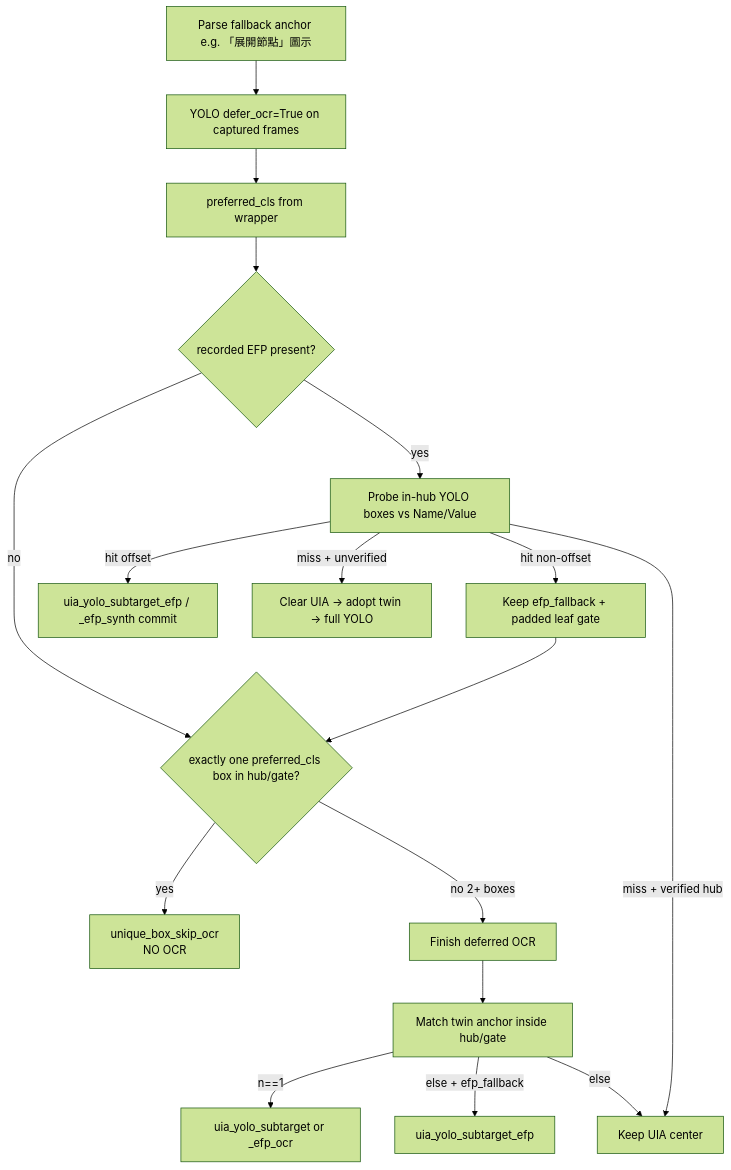
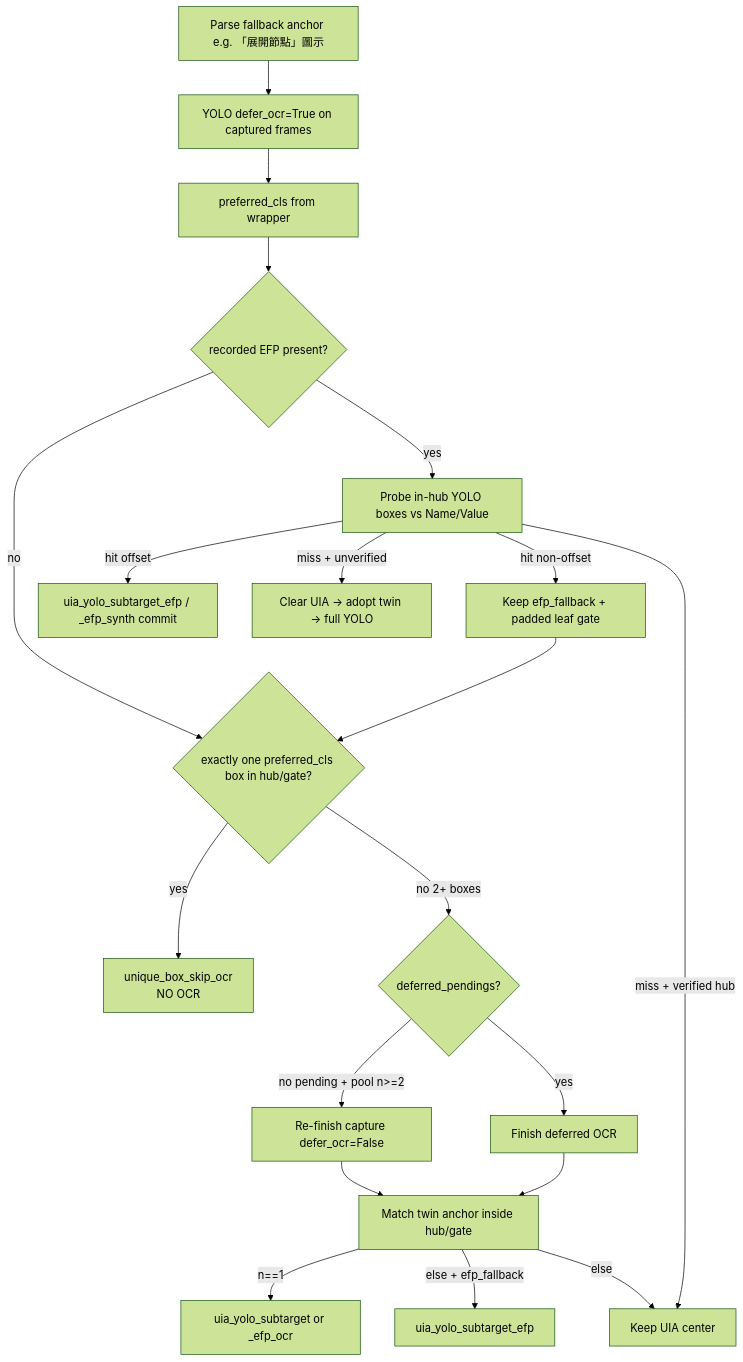
The fifth of 7 diagrams in docs/replay-flow.md (josephorng/QualityAssuranceAgent), drawn with Mermaid (forest theme) before and after one commit. The commit also changed other lines of this file and 2 other files, not shown here.

First line of the commit message:
Force OCR when multi-ELEMENT subtarget boxes lack deferred pending.

````diff
--- a/docs/replay-flow.md
+++ b/docs/replay-flow.md
@@ -180,19 +180,22 @@
 ```mermaid
 flowchart TD
   A[Parse fallback anchor e.g. 「展開節點」圖示] --> B[YOLO defer_ocr=True on captured frames]
   B --> C[preferred_cls from wrapper]
   C --> D{recorded EFP present?}
   D -->|yes| E[Probe in-hub YOLO boxes vs Name/Value]
   E -->|hit non-offset| F[Keep efp_fallback + padded leaf gate]
   F --> I
   E -->|hit offset| Os[uia_yolo_subtarget_efp / _efp_synth commit]
   E -->|miss + verified hub| G[Keep UIA center]
   E -->|miss + unverified| H[Clear UIA → adopt twin → full YOLO]
   D -->|no| I{exactly one preferred_cls box in hub/gate?}
   I -->|yes| J[unique_box_skip_ocr<br/>NO OCR]
-  I -->|no 2+ boxes| K[Finish deferred OCR]
-  K --> L[Match twin anchor inside hub/gate]
+  I -->|no 2+ boxes| K{deferred_pendings?}
+  K -->|yes| Finish[Finish deferred OCR]
+  K -->|no pending + pool n>=2| Force[Re-finish capture defer_ocr=False]
+  Finish --> L[Match twin anchor inside hub/gate]
+  Force --> L
   L -->|n==1| M[uia_yolo_subtarget or _efp_ocr]
   L -->|else + efp_fallback| N[uia_yolo_subtarget_efp]
   L -->|else| G
 ```
````
